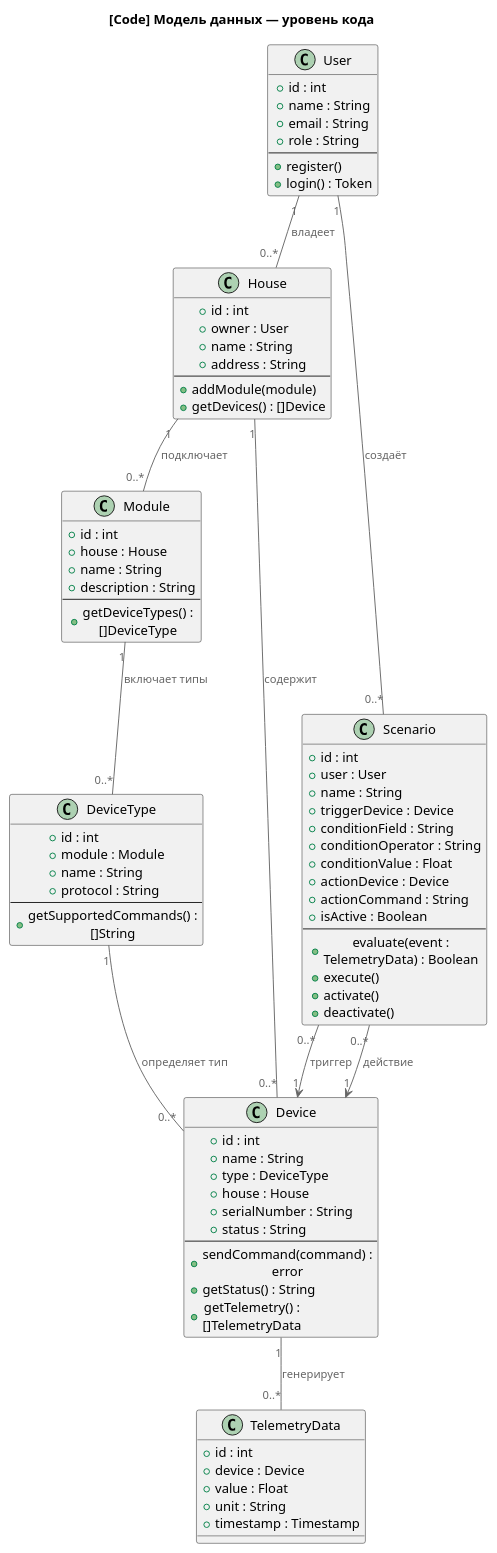
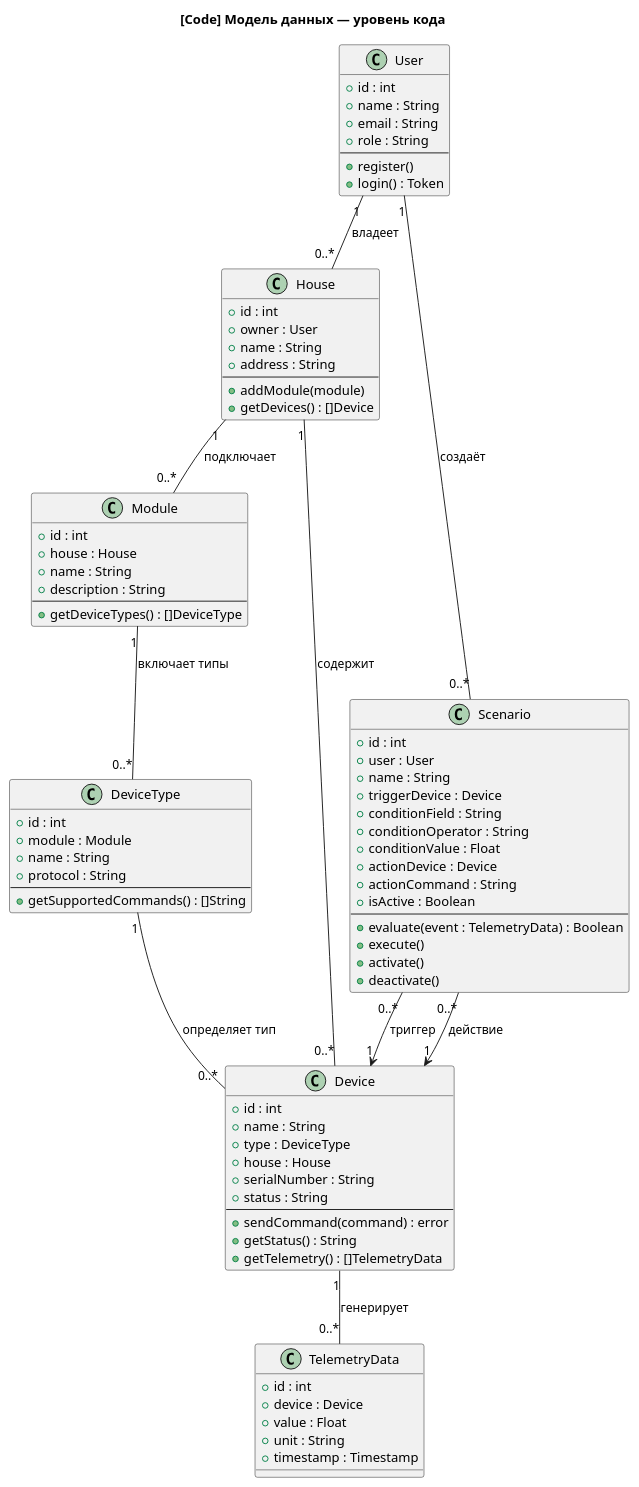
The diagram in diagrams/c4-code-device-model.puml (viktor-zhokhov/architecture-warmhouse), drawn with PlantUML before and after one commit. The commit also changed 3 other files, not shown here.

```diff
--- a/diagrams/c4-code-device-model.puml
+++ b/diagrams/c4-code-device-model.puml
@@ -1,93 +1,92 @@
 @startuml Code_DeviceModel
-!include https://raw.githubusercontent.com/plantuml-stdlib/C4-PlantUML/master/C4_Component.puml
 
 title [Code] Модель данных — уровень кода
 
 class User {
     + id : int
     + name : String
     + email : String
     + role : String
     --
     + register()
     + login() : Token
 }
 
 class House {
     + id : int
     + owner : User
     + name : String
     + address : String
     --
     + addModule(module)
     + getDevices() : []Device
 }
 
 class Module {
     + id : int
     + house : House
     + name : String
     + description : String
     --
     + getDeviceTypes() : []DeviceType
 }
 
 class DeviceType {
     + id : int
     + module : Module
     + name : String
     + protocol : String
     --
     + getSupportedCommands() : []String
 }
 
 class Device {
     + id : int
     + name : String
     + type : DeviceType
     + house : House
     + serialNumber : String
     + status : String
     --
     + sendCommand(command) : error
     + getStatus() : String
     + getTelemetry() : []TelemetryData
 }
 
 class TelemetryData {
     + id : int
     + device : Device
     + value : Float
     + unit : String
     + timestamp : Timestamp
 }
 
 class Scenario {
     + id : int
     + user : User
     + name : String
     + triggerDevice : Device
     + conditionField : String
     + conditionOperator : String
     + conditionValue : Float
     + actionDevice : Device
     + actionCommand : String
     + isActive : Boolean
     --
     + evaluate(event : TelemetryData) : Boolean
     + execute()
     + activate()
     + deactivate()
 }
 
 User "1" -- "0..*" House : владеет
 User "1" -- "0..*" Scenario : создаёт
 House "1" -- "0..*" Module : подключает
 House "1" -- "0..*" Device : содержит
 Module "1" -- "0..*" DeviceType : включает типы
 DeviceType "1" -- "0..*" Device : определяет тип
 Device "1" -- "0..*" TelemetryData : генерирует
 Scenario "0..*" --> "1" Device : триггер
 Scenario "0..*" --> "1" Device : действие
 
 @enduml
```
